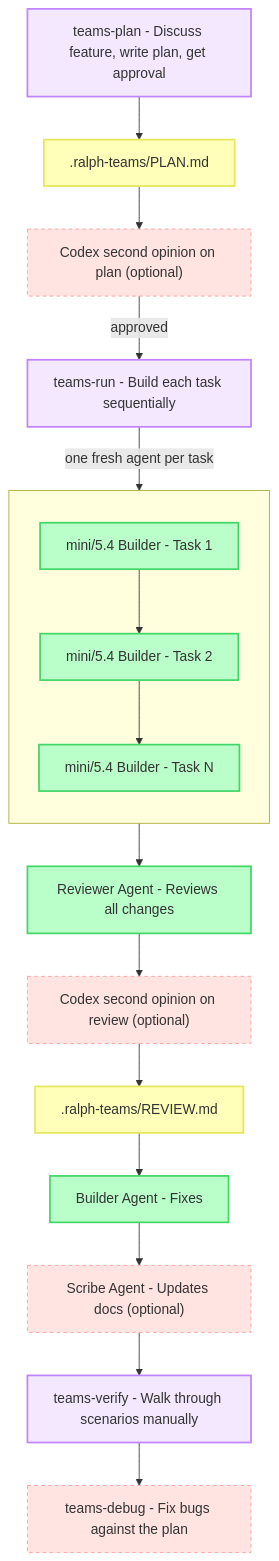
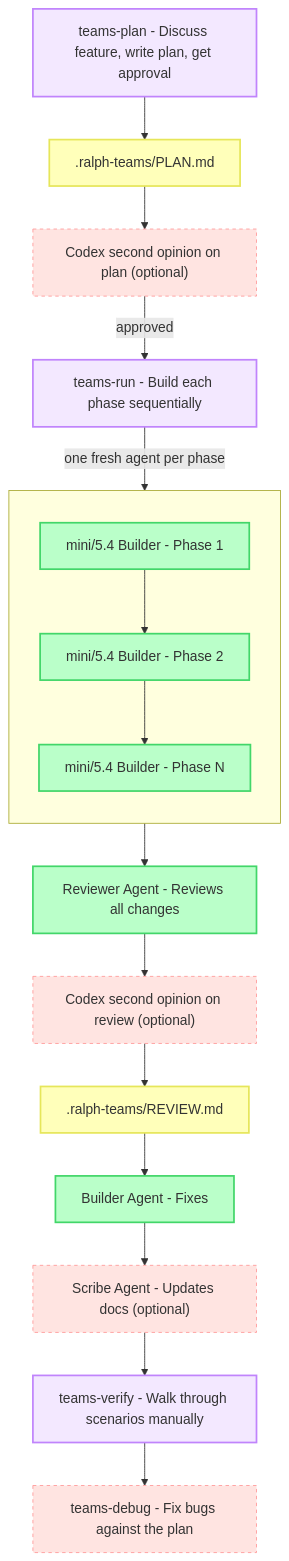
Before and after one commit to tuansondinh/ralph-teams-codex: the diagram in README.md, drawn with Mermaid. The commit also changed other lines of this file and 6 other files, not shown here.

````diff
--- a/README.md
+++ b/README.md
@@ -66,47 +66,47 @@
 ```mermaid
 flowchart TD
     classDef user fill:#ffdfba,stroke:#ffb347,stroke-width:2px,color:#333
     classDef orch fill:#bae1ff,stroke:#5facff,stroke-width:2px,color:#333
     classDef agent fill:#baffc9,stroke:#42d669,stroke-width:2px,color:#333
     classDef doc fill:#ffffba,stroke:#e6e65a,stroke-width:2px,color:#333
     classDef cmd fill:#f3e8ff,stroke:#c084fc,stroke-width:2px,color:#333
     classDef optional fill:#ffe4e1,stroke:#ff9999,stroke-width:1px,stroke-dasharray:4,color:#333
 
     P1["teams-plan - Discuss feature, write plan, get approval"]:::cmd
     P[".ralph-teams/PLAN.md"]:::doc
     CX1["Codex second opinion on plan (optional)"]:::optional
 
     P1 --> P
     P --> CX1
 
-    P2["teams-run - Build each task sequentially"]:::cmd
+    P2["teams-run - Build each phase sequentially"]:::cmd
 
     CX1 -->|"approved"| P2
 
     subgraph Build[" "]
         direction TB
-        B1["mini/5.4 Builder - Task 1"]:::agent
-        B2["mini/5.4 Builder - Task 2"]:::agent
-        BN["mini/5.4 Builder - Task N"]:::agent
+        B1["mini/5.4 Builder - Phase 1"]:::agent
+        B2["mini/5.4 Builder - Phase 2"]:::agent
+        BN["mini/5.4 Builder - Phase N"]:::agent
         B1 --> B2 --> BN
     end
 
-    P2 -->|"one fresh agent per task"| Build
+    P2 -->|"one fresh agent per phase"| Build
 
     R["Reviewer Agent - Reviews all changes"]:::agent
     CX2["Codex second opinion on review (optional)"]:::optional
     REV[".ralph-teams/REVIEW.md"]:::doc
     BF["Builder Agent - Fixes"]:::agent
     DOCS["Scribe Agent - Updates docs (optional)"]:::optional
 
     Build --> R
     R --> CX2
     CX2 --> REV
     REV --> BF
     BF --> DOCS
 
     P3["teams-verify - Walk through scenarios manually"]:::cmd
     DBG["teams-debug - Fix bugs against the plan"]:::optional
     DOCS --> P3
     P3 --> DBG
 ```
````
